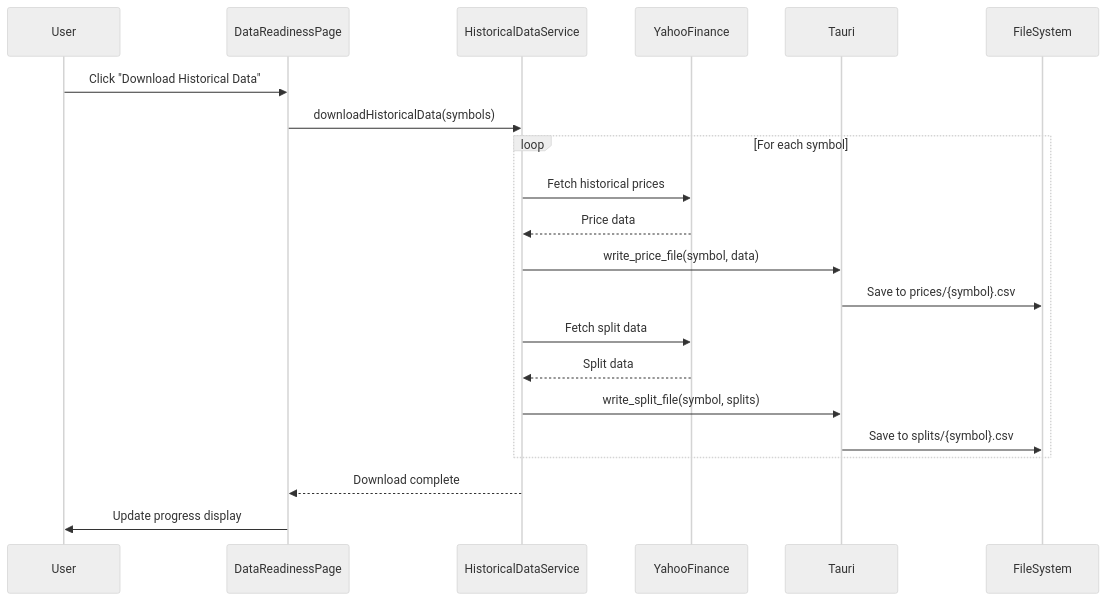
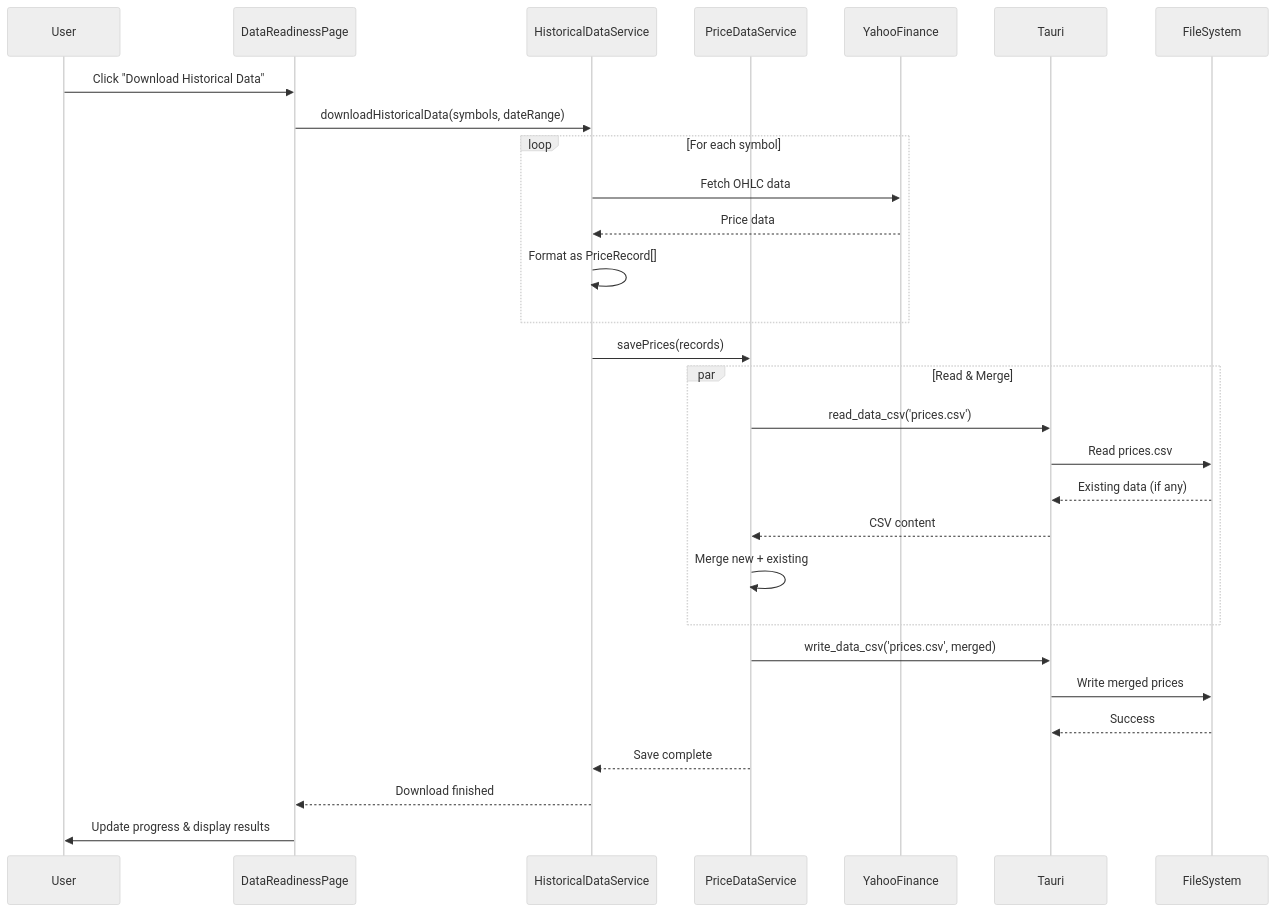
Before and after one commit to 7kfpun/portfolio: the third of 4 diagrams in CLAUDE.md, drawn with Mermaid (neutral theme). The commit also changed other lines of this file and 43 other files, not shown here.

````diff
--- a/CLAUDE.md
+++ b/CLAUDE.md
@@ -145,27 +349,37 @@
 ```mermaid
 sequenceDiagram
     participant User
     participant DataReadinessPage
     participant HistoricalDataService
+    participant PriceDataService
     participant YahooFinance
     participant Tauri
     participant FileSystem
 
     User->>DataReadinessPage: Click "Download Historical Data"
-    DataReadinessPage->>HistoricalDataService: downloadHistoricalData(symbols)
+    DataReadinessPage->>HistoricalDataService: downloadHistoricalData(symbols, dateRange)
     
     loop For each symbol
-        HistoricalDataService->>YahooFinance: Fetch historical prices
+        HistoricalDataService->>YahooFinance: Fetch OHLC data
         YahooFinance-->>HistoricalDataService: Price data
-        HistoricalDataService->>Tauri: write_price_file(symbol, data)
-        Tauri->>FileSystem: Save to prices/{symbol}.csv
-        
-        HistoricalDataService->>YahooFinance: Fetch split data
-        YahooFinance-->>HistoricalDataService: Split data
-        HistoricalDataService->>Tauri: write_split_file(symbol, splits)
-        Tauri->>FileSystem: Save to splits/{symbol}.csv
+        HistoricalDataService->>HistoricalDataService: Format as PriceRecord[]
     end
     
-    HistoricalDataService-->>DataReadinessPage: Download complete
-    DataReadinessPage->>User: Update progress display
+    HistoricalDataService->>PriceDataService: savePrices(records)
+    
+    par Read & Merge
+        PriceDataService->>Tauri: read_data_csv('prices.csv')
+        Tauri->>FileSystem: Read prices.csv
+        FileSystem-->>Tauri: Existing data (if any)
+        Tauri-->>PriceDataService: CSV content
+        PriceDataService->>PriceDataService: Merge new + existing
+    end
+    
+    PriceDataService->>Tauri: write_data_csv('prices.csv', merged)
+    Tauri->>FileSystem: Write merged prices
+    FileSystem-->>Tauri: Success
+    
+    PriceDataService-->>HistoricalDataService: Save complete
+    HistoricalDataService-->>DataReadinessPage: Download finished
+    DataReadinessPage->>User: Update progress & display results
 ```
````
